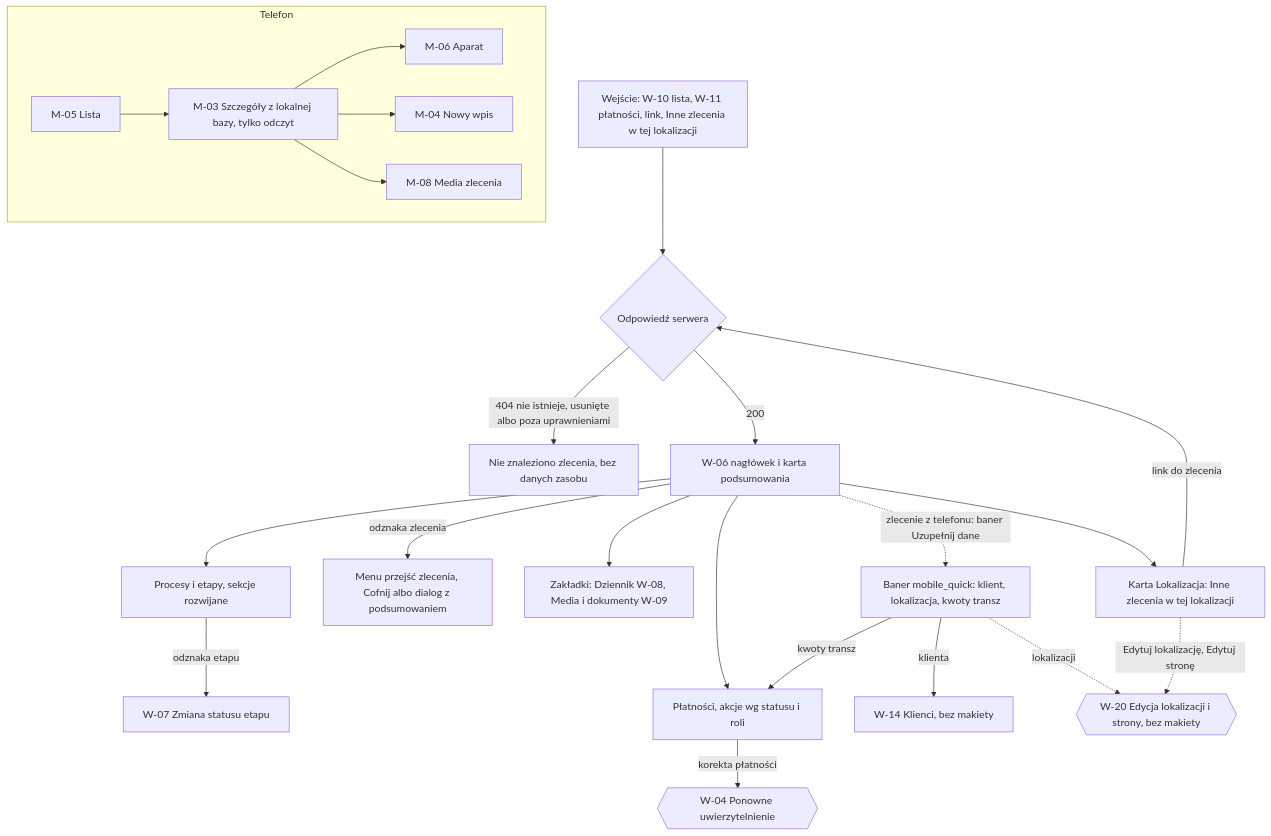
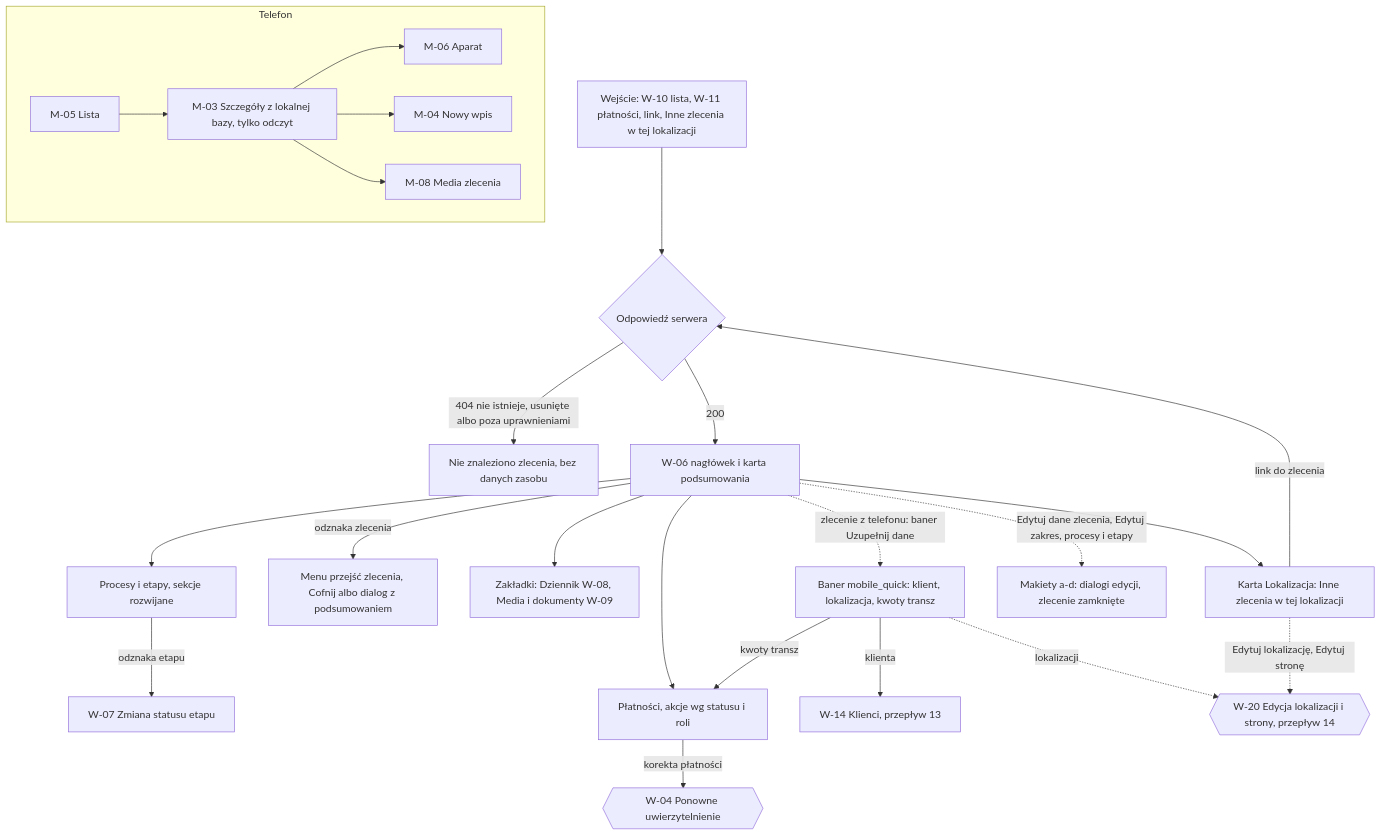
The first of 2 diagrams in docs/ux/flows/03-szczegoly-zlecenia.md (konradkluz/evia-manager), drawn with Mermaid before and after one commit. The commit also changed other lines of this file and 24 other files, not shown here.

````diff
--- a/docs/ux/flows/03-szczegoly-zlecenia.md
+++ b/docs/ux/flows/03-szczegoly-zlecenia.md
@@ -7,25 +7,26 @@
 ```mermaid
 flowchart TD
   IN["Wejście: W-10 lista, W-11 płatności, link, Inne zlecenia w tej lokalizacji"] --> CH{"Odpowiedź serwera"}
   CH -->|"404 nie istnieje, usunięte albo poza uprawnieniami"| NF["Nie znaleziono zlecenia, bez danych zasobu"]
   CH -->|"200"| H["W-06 nagłówek i karta podsumowania"]
   H --> P["Procesy i etapy, sekcje rozwijane"]
   P -->|"odznaka etapu"| W7["W-07 Zmiana statusu etapu"]
   H --> PAY["Płatności, akcje wg statusu i roli"]
   PAY -->|"korekta płatności"| W4{{"W-04 Ponowne uwierzytelnienie"}}
   H -->|"odznaka zlecenia"| OS["Menu przejść zlecenia, Cofnij albo dialog z podsumowaniem"]
   H --> TABS["Zakładki: Dziennik W-08, Media i dokumenty W-09"]
   H --> LOC["Karta Lokalizacja: Inne zlecenia w tej lokalizacji"]
   LOC -->|"link do zlecenia"| CH
   H -.->|"zlecenie z telefonu: baner Uzupełnij dane"| MQ["Baner mobile_quick: klient, lokalizacja, kwoty transz"]
-  MQ -->|"klienta"| W14["W-14 Klienci, bez makiety"]
-  MQ -.->|"lokalizacji"| W20{{"W-20 Edycja lokalizacji i strony, bez makiety"}}
+  MQ -->|"klienta"| W14["W-14 Klienci, przepływ 13"]
+  MQ -.->|"lokalizacji"| W20{{"W-20 Edycja lokalizacji i strony, przepływ 14"}}
+  H -.->|"Edytuj dane zlecenia, Edytuj zakres, procesy i etapy"| ED["Makiety a-d: dialogi edycji, zlecenie zamknięte"]
   MQ -->|"kwoty transz"| PAY
   LOC -.->|"Edytuj lokalizację, Edytuj stronę"| W20
   subgraph mob["Telefon"]
     M5["M-05 Lista"] --> M3["M-03 Szczegóły z lokalnej bazy, tylko odczyt"]
     M3 --> M6["M-06 Aparat"]
     M3 --> M4["M-04 Nowy wpis"]
     M3 --> M8["M-08 Media zlecenia"]
   end
 ```
````
